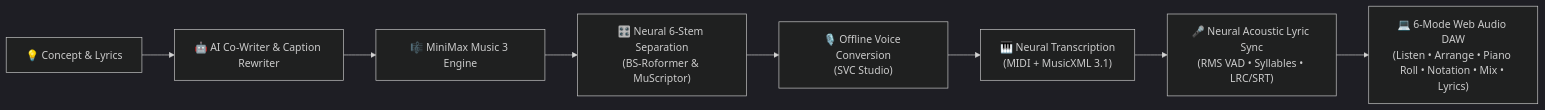
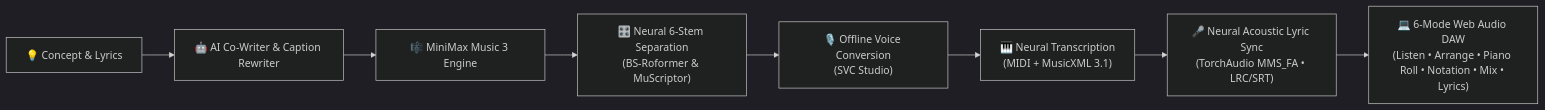
One commit to mainza-ai/milimomusic changed the diagram in README.md. Above: the diagram before and after it, drawn with Mermaid (dark theme). The commit also changed other lines of this file and 9 other files, not shown here.

Commit message:
docs: enrich README with visual studio tour, workflow architecture, and assets

````diff
--- a/README.md
+++ b/README.md
@@ -33,10 +38,10 @@
 ```mermaid
 graph LR
     A["💡 Concept & Lyrics"] --> B["🤖 AI Co-Writer & Caption Rewriter"]
     B --> C["🎼 MiniMax Music 3 Engine"]
     C --> D["🎛️ Neural 6-Stem Separation<br/>(BS-Roformer & MuScriptor)"]
     D --> E["🎙️ Offline Voice Conversion<br/>(SVC Studio)"]
     E --> F["🎹 Neural Transcription<br/>(MIDI + MusicXML 3.1)"]
-    F --> G["🎤 Neural Acoustic Lyric Sync<br/>(RMS VAD • Syllables • LRC/SRT)"]
+    F --> G["🎤 Neural Acoustic Lyric Sync<br/>(TorchAudio MMS_FA • LRC/SRT)"]
     G --> H["💻 6-Mode Web Audio DAW<br/>(Listen • Arrange • Piano Roll • Notation • Mix • Lyrics)"]
 ```
````
